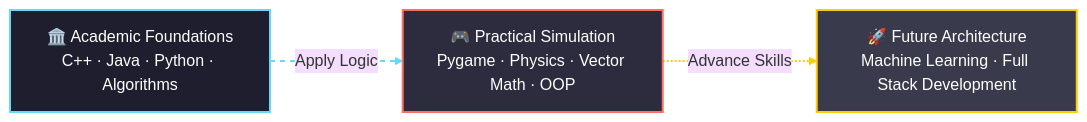
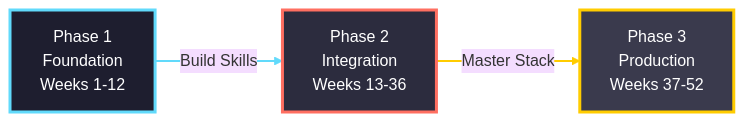
The first of 2 diagrams in README.md (pak-pow/pak-pow), drawn with Mermaid (base theme) before and after one commit. The commit also changed other lines of this file, not shown here.

First line of the commit message:
Revise README for PROJECT52 and skills focus

````diff
--- a/README.md
+++ b/README.md
@@ -52,16 +68,12 @@
 ```mermaid
-%% Premium dark-mode horizontal layout
 graph LR
-    %% Nodes with emojis, gradients (simulated), and bright text
-    A[🏛️ Academic Foundations<br/>C++ · Java · Python · Algorithms] -->|Apply Logic| B[🎮 Practical Simulation<br/>Pygame · Physics · Vector Math · OOP]
-    B -->|Advance Skills| C[🚀 Future Architecture<br/>Machine Learning · Full Stack Development]
-
-    %% Node styles
-    style A fill:#1e1e2f,stroke:#61dafb,stroke-width:2px,color:#ffffff
-    style B fill:#2c2c3e,stroke:#ff6f61,stroke-width:2px,color:#ffffff
-    style C fill:#3a3a4d,stroke:#ffcc00,stroke-width:2px,color:#ffffff
-
-    %% Edge styles
-    linkStyle 0 stroke:#61dafb,stroke-width:2px,stroke-dasharray: 5 5
-    linkStyle 1 stroke:#ffcc00,stroke-width:2px,stroke-dasharray: 2 2
+    A[Phase 1<br/>Foundation<br/>Weeks 1-12] -->|Build Skills| B[Phase 2<br/>Integration<br/>Weeks 13-36]
+    B -->|Master Stack| C[Phase 3<br/>Production<br/>Weeks 37-52]
+    
+    style A fill:#1e1e2f,stroke:#61dafb,stroke-width:3px,color:#ffffff
+    style B fill:#2c2c3e,stroke:#ff6f61,stroke-width:3px,color:#ffffff
+    style C fill:#3a3a4d,stroke:#ffcc00,stroke-width:3px,color:#ffffff
+    
+    linkStyle 0 stroke:#61dafb,stroke-width:2px
+    linkStyle 1 stroke:#ffcc00,stroke-width:2px
 ```
````
